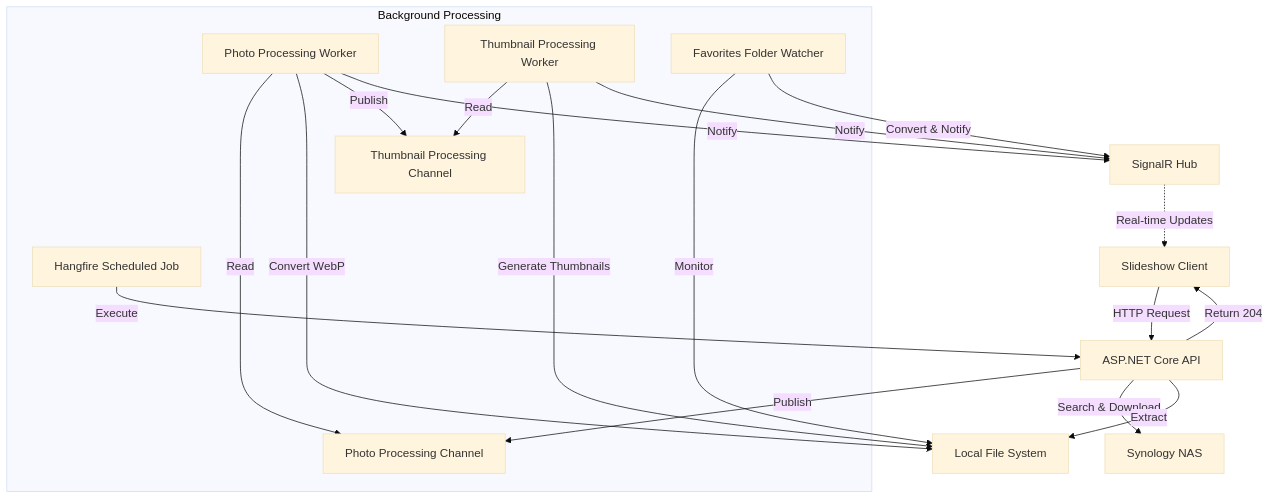
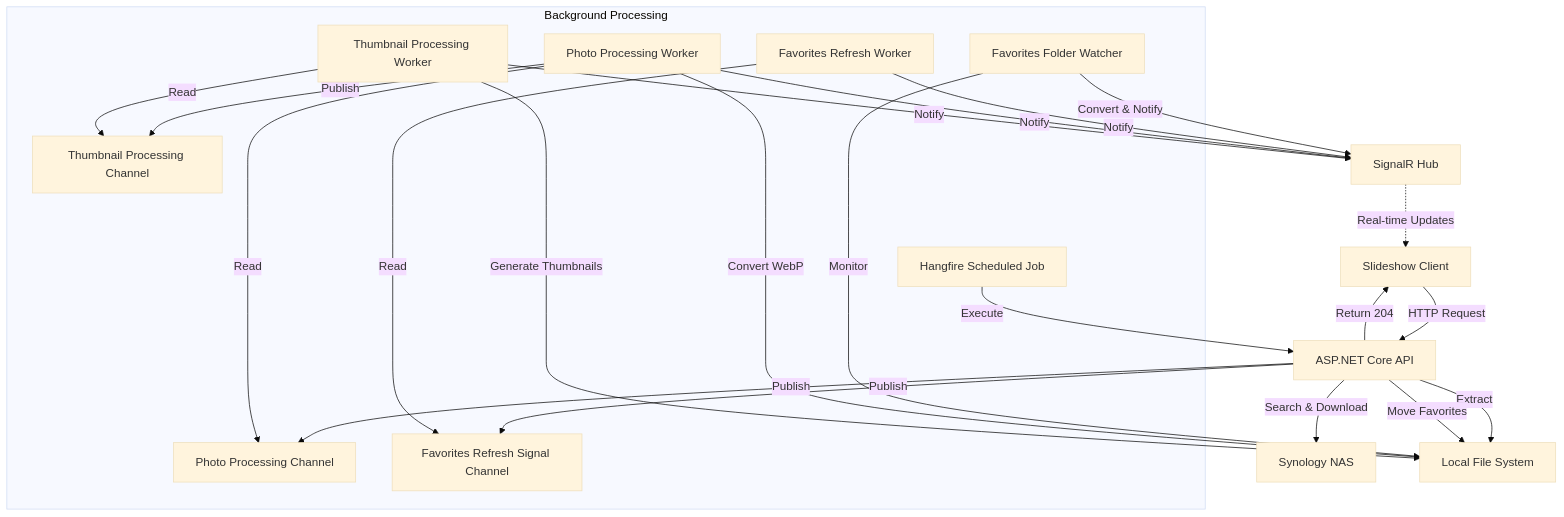
One commit to esausilva/synology-photos-slideshow-api changed the diagram in AGENTS.md. Above: the diagram before and after it, drawn with Mermaid (base theme). The commit also changed other lines of this file and 16 other files, not shown here.

````diff
--- a/AGENTS.md
+++ b/AGENTS.md
@@ -60,38 +60,45 @@
 ```mermaid
 graph TD
     Client[Slideshow Client]
     API[ASP.NET Core API]
     NAS[Synology NAS]
     FS[Local File System]
     SignalR[SignalR Hub]
     
     subgraph Background Processing
         PhotoChannel[Photo Processing Channel]
         ThumbChannel[Thumbnail Processing Channel]
         PhotoWorker[Photo Processing Worker]
         ThumbWorker[Thumbnail Processing Worker]
         FavWorker[Favorites Folder Watcher]
+        FavRefreshChannel[Favorites Refresh Signal Channel]
+        FavRefreshWorker[Favorites Refresh Worker]
         Hangfire[Hangfire Scheduled Job]
     end
 
     Client -->|HTTP Request| API
     API -->|Search & Download| NAS
     API -->|Extract| FS
     API -->|Publish| PhotoChannel
+    API -->|Move Favorites| FS
+    API -->|Publish| FavRefreshChannel
     API -->|Return 204| Client
 
     FavWorker -->|Monitor| FS
     FavWorker -->|Convert & Notify| SignalR
+
+    FavRefreshWorker -->|Read| FavRefreshChannel
+    FavRefreshWorker -->|Notify| SignalR
 
     PhotoWorker -->|Read| PhotoChannel
     PhotoWorker -->|Convert WebP| FS
     PhotoWorker -->|Publish| ThumbChannel
     PhotoWorker -->|Notify| SignalR
 
     ThumbWorker -->|Read| ThumbChannel
     ThumbWorker -->|Generate Thumbnails| FS
     ThumbWorker -->|Notify| SignalR
 
     Hangfire -->|Execute| API
     SignalR -.->|Real-time Updates| Client
 ```
````
